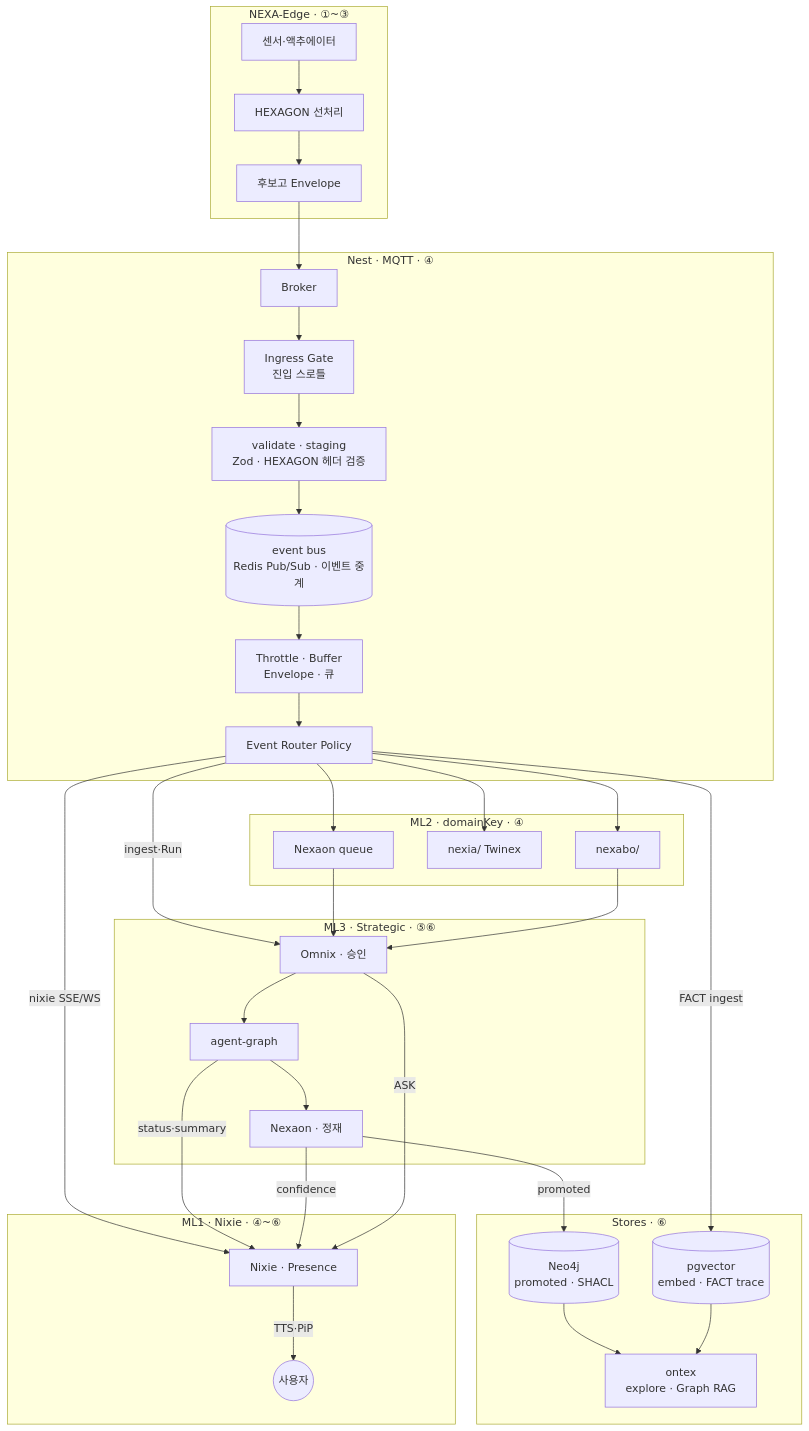
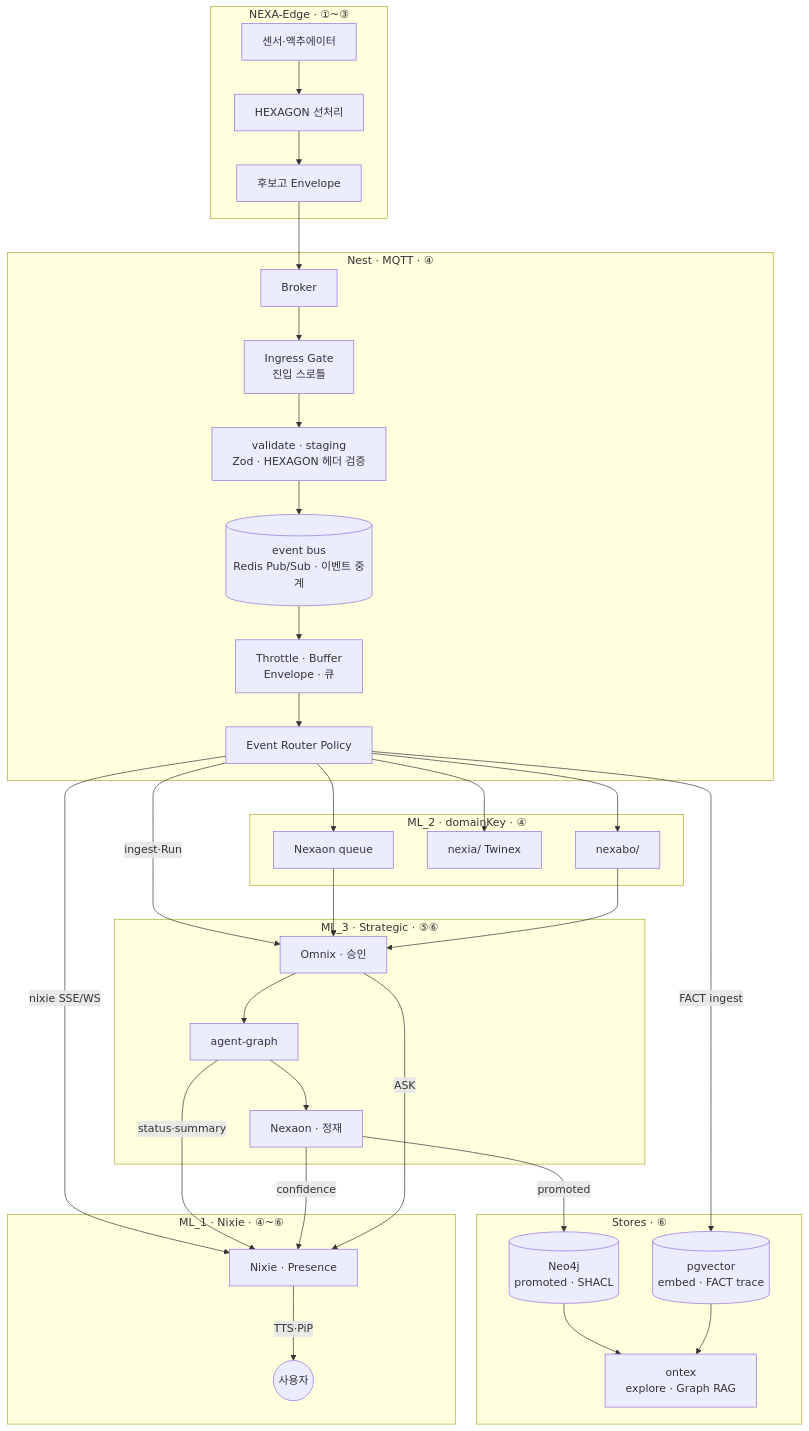
Before and after one commit to U2SOUTION/NEXA: the third of 8 diagrams in NEXA V2.0/APP_V2.0/08_TDD/NEXIA/08_TDD_NEXIA_IoT엣지데이터파이프라인_HEXAGON_Nexaon연계_v1.0.md, drawn with Mermaid. The commit also changed other lines of this file and 37 other files, not shown here.

````diff
--- a/NEXA V2.0/APP_V2.0/08_TDD/NEXIA/08_TDD_NEXIA_IoT엣지데이터파이프라인_HEXAGON_Nexaon연계_v1.0.md
+++ b/NEXA V2.0/APP_V2.0/08_TDD/NEXIA/08_TDD_NEXIA_IoT엣지데이터파이프라인_HEXAGON_Nexaon연계_v1.0.md
@@ -238,58 +238,58 @@
 ```mermaid
 flowchart TB
   subgraph edge [NEXA-Edge · ①~③]
     S[센서·액추에이터]
     H[HEXAGON 선처리]
     C[후보고 Envelope]
     S --> H --> C
   end
 
   subgraph nest [Nest · MQTT · ④]
     BR[Broker]
     IG["Ingress Gate<br/>진입 스로틀"]
     ST["validate · staging<br/>Zod · HEXAGON 헤더 검증"]
     BUS[(event bus<br/>Redis Pub/Sub · 이벤트 중계)]
     TB["Throttle · Buffer<br/>Envelope · 큐"]
     ERP[Event Router Policy]
     C --> BR --> IG --> ST --> BUS --> TB --> ERP
   end
 
-  subgraph ML2 [ML2 · domainKey · ④]
+  subgraph ML_2 [ML_2 · domainKey · ④]
     NB[nexabo/]
     TX[nexia/ Twinex]
     NQ[Nexaon queue]
     ERP --> NB
     ERP --> TX
     ERP --> NQ
   end
 
-  subgraph ML3 [ML3 · Strategic · ⑤⑥]
+  subgraph ML_3 [ML_3 · Strategic · ⑤⑥]
     OM[Omnix · 승인]
     AG[agent-graph]
     NX[Nexaon · 정재]
     ERP -->|ingest·Run| OM
     NQ --> OM
     OM --> AG
     AG --> NX
     NB --> OM
   end
 
   subgraph stores [Stores · ⑥]
     PG[(pgvector<br/>embed · FACT trace)]
     N4[(Neo4j<br/>promoted · SHACL)]
     OT["ontex<br/>explore · Graph RAG"]
     NX -->|promoted| N4
     ERP -->|FACT ingest| PG
     N4 --> OT
     PG --> OT
   end
 
-  subgraph ML1 [ML1 · Nixie · ④~⑥]
+  subgraph ML_1 [ML_1 · Nixie · ④~⑥]
     NI[Nixie · Presence]
     ERP -->|nixie SSE/WS| NI
     AG -->|status·summary| NI
     NX -->|confidence| NI
     OM -->|ASK| NI
     NI -->|TTS·PiP| USER((사용자))
   end
 ```
````
